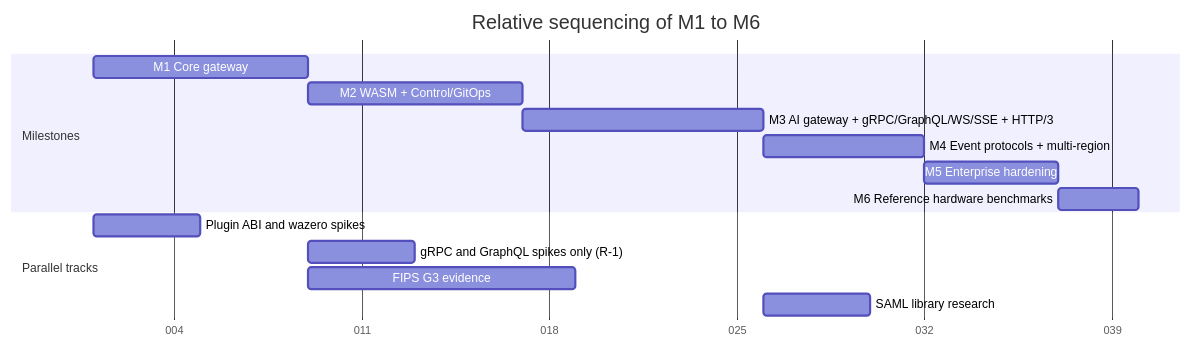
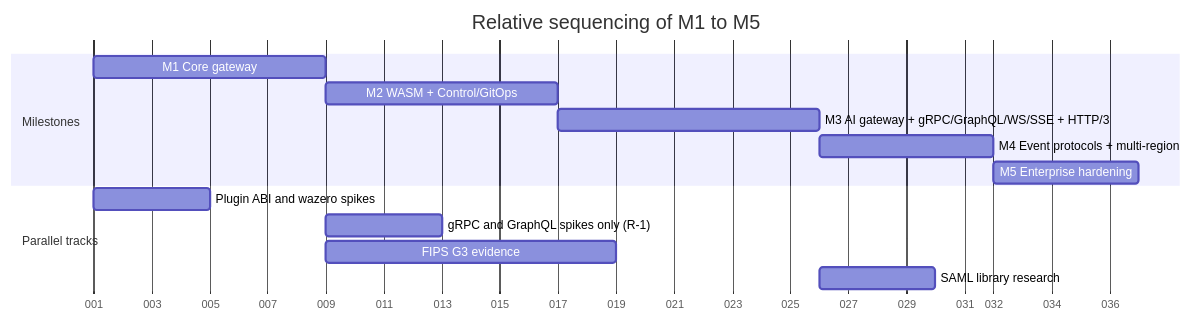
Before and after one commit to ravindu-rev/ruralz: the diagram in docs/roadmap/01-roadmap-and-milestones.md, drawn with Mermaid. The commit also changed other lines of this file and 42 other files, not shown here.

````diff
--- a/docs/roadmap/01-roadmap-and-milestones.md
+++ b/docs/roadmap/01-roadmap-and-milestones.md
@@ -189,19 +155,18 @@
 ```mermaid
 gantt
-    title Relative sequencing of M1 to M6
+    title Relative sequencing of M1 to M5
     dateFormat X
     axisFormat %j
     todayMarker off
     section Milestones
     M1 Core gateway                                 :m1, 0, 8d
     M2 WASM + Control/GitOps                        :m2, after m1, 8d
     M3 AI gateway + gRPC/GraphQL/WS/SSE + HTTP/3    :m3, after m2, 9d
     M4 Event protocols + multi-region               :m4, after m3, 6d
     M5 Enterprise hardening                         :m5, after m4, 5d
-    M6 Reference hardware benchmarks                :m6, after m5, 3d
     section Parallel tracks
     Plugin ABI and wazero spikes                    :t1, 0, 4d
     gRPC and GraphQL spikes only (R-1)              :t3, after m1, 4d
     FIPS G3 evidence                                :t4, after m1, 10d
     SAML library research                           :t6, after m3, 4d
 ```
````
